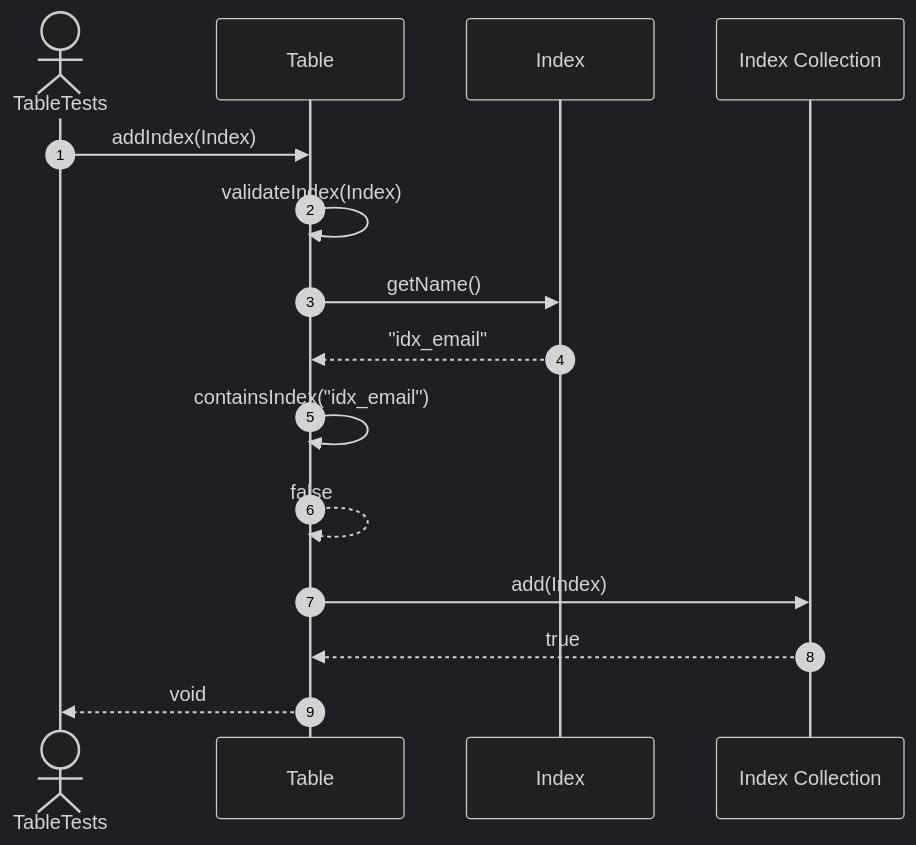
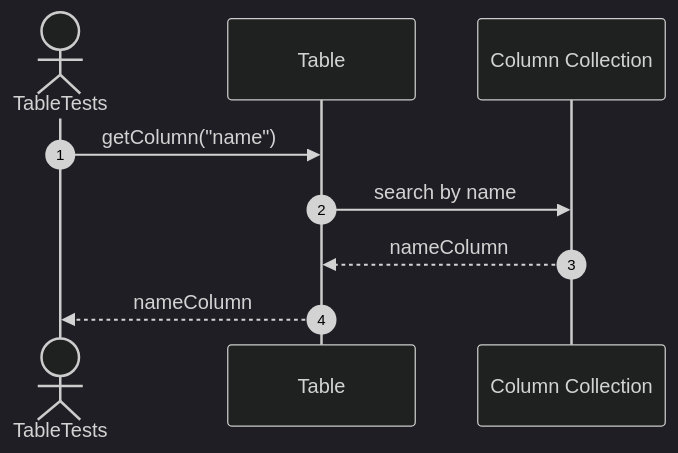
One commit to FhuAnn/-bbv-AN-s-DBMS changed diagram 17 of 53 in src/tests/unit/metadata/sequences/tables-testing.se.md. Above: the diagram before and after it, drawn with Mermaid (dark theme). The commit also changed other lines of this file and 7 other files, not shown here.

Commit message:
table and row run test successfully

````diff
--- a/src/tests/unit/metadata/sequences/tables-testing.se.md
+++ b/src/tests/unit/metadata/sequences/tables-testing.se.md
@@ -307,18 +288,12 @@
 ```mermaid
 sequenceDiagram
     autonumber
     actor Test as TableTests
     participant Table as Table
-    participant Index as Index
-    participant Indexes as Index Collection
+    participant Columns as Column Collection
 
-    Test->>Table: addIndex(Index)
-    Table->>Table: validateIndex(Index)
-    Table->>Index: getName()
-    Index-->>Table: "idx_email"
-    Table->>Table: containsIndex("idx_email")
-    Table-->>Table: false
-    Table->>Indexes: add(Index)
-    Indexes-->>Table: true
-    Table-->>Test: void
+    Test->>Table: getColumn("name")
+    Table->>Columns: search by name
+    Columns-->>Table: nameColumn
+    Table-->>Test: nameColumn
 ```
````
